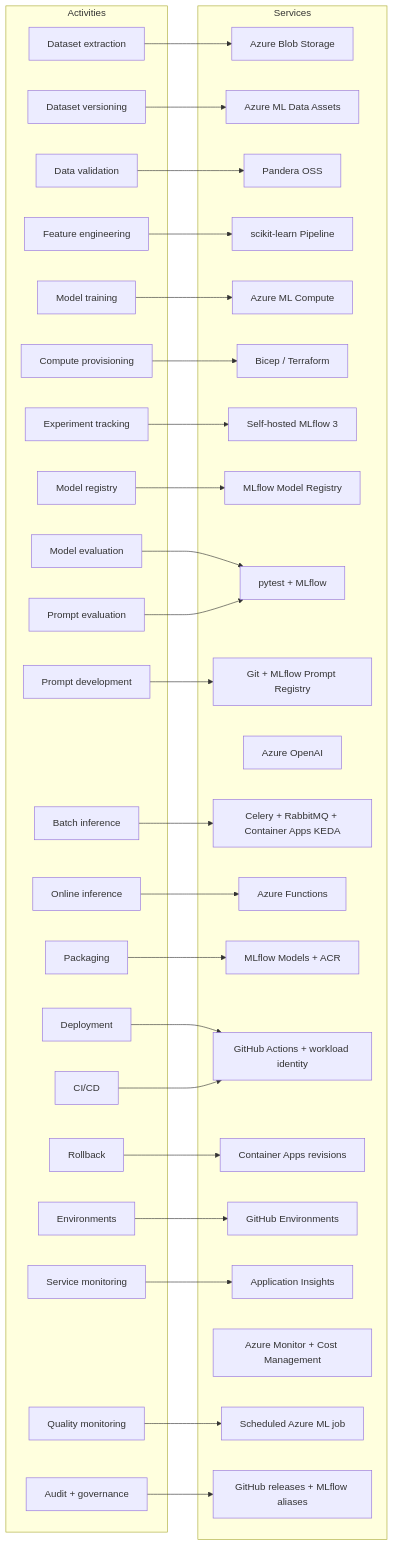
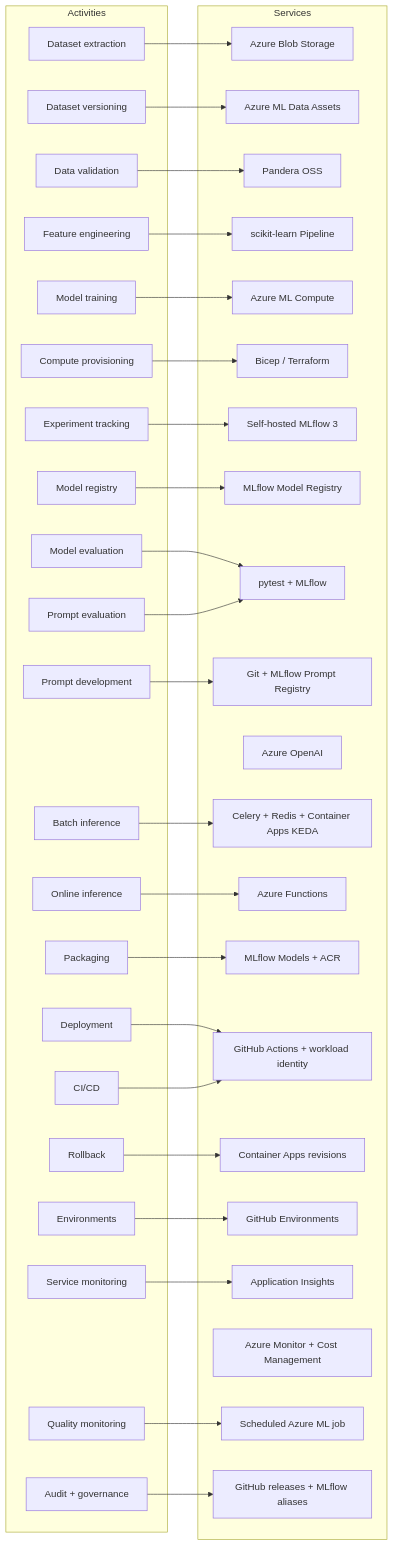
The second of 3 diagrams in projects/ml-platform/mlops-services-diagram.md (particle1331/watchtower), drawn with Mermaid before and after one commit. The commit also changed other lines of this file and 4 other files, not shown here.

First line of the commit message:
Switch to self-hosted Redis from managed RabbitMQ

````diff
--- a/projects/ml-platform/mlops-services-diagram.md
+++ b/projects/ml-platform/mlops-services-diagram.md
@@ -102,72 +101,72 @@
 ```mermaid
 flowchart LR
     subgraph Activities
         A1[Dataset extraction]
         A2[Dataset versioning]
         A3[Data validation]
         A4[Feature engineering]
         A5[Model training]
         A6[Compute provisioning]
         A7[Experiment tracking]
         A8[Model registry]
         A9[Model evaluation]
         A10[Prompt development]
         A11[Prompt evaluation]
         A12[Batch inference]
         A13[Online inference]
         A14[Packaging]
         A15[Deployment]
         A16[Rollback]
         A17[CI/CD]
         A18[Environments]
         A19[Service monitoring]
         A20[Quality monitoring]
         A21[Audit + governance]
     end
 
     subgraph Services
         S1[Azure Blob Storage]
         S2[Azure ML Data Assets]
         S3[Pandera OSS]
         S4[scikit-learn Pipeline]
         S5[Azure ML Compute]
         S6[Bicep / Terraform]
         S7[Self-hosted MLflow 3]
         S8[MLflow Model Registry]
         S9[pytest + MLflow]
         S10[Git + MLflow Prompt Registry]
         S11[Azure OpenAI]
-        S12[Celery + RabbitMQ + Container Apps KEDA]
+        S12[Celery + Redis + Container Apps KEDA]
         S13[Azure Functions]
         S14[MLflow Models + ACR]
         S15[GitHub Actions + workload identity]
         S16[Container Apps revisions]
         S17[GitHub Environments]
         S18[Application Insights]
         S19[Azure Monitor + Cost Management]
         S20[Scheduled Azure ML job]
         S21[GitHub releases + MLflow aliases]
     end
 
     A1 --> S1
     A2 --> S2
     A3 --> S3
     A4 --> S4
     A5 --> S5
     A6 --> S6
     A7 --> S7
     A8 --> S8
     A9 --> S9
     A10 --> S10
     A11 --> S9
     A12 --> S12
     A13 --> S13
     A14 --> S14
     A15 --> S15
     A16 --> S16
     A17 --> S15
     A18 --> S17
     A19 --> S18
     A20 --> S20
     A21 --> S21
 ```
````
